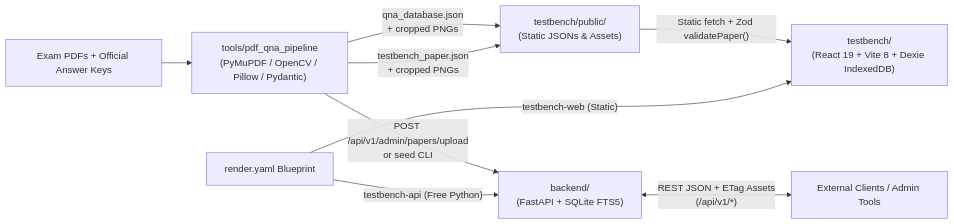
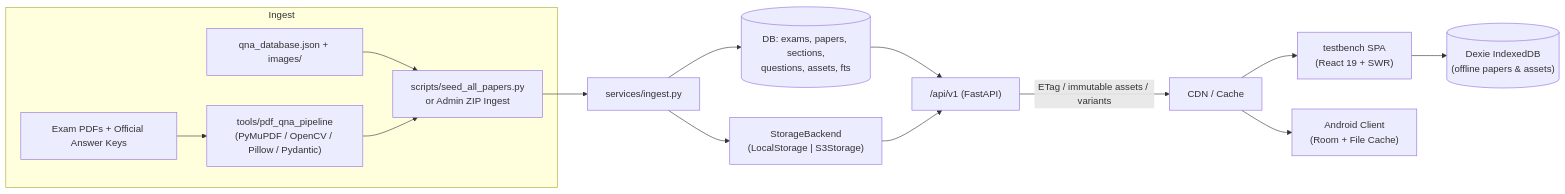
The diagram in architecture.md (LuchaLibreAAA/TestBench), drawn with Mermaid before and after one commit. The commit also changed other lines of this file and 2446 other files, not shown here.

First line of the commit message:
feat(backend): migrate paper data and assets to backend service (v0.0.3)

````diff
--- a/architecture.md
+++ b/architecture.md
@@ -11,12 +11,19 @@
 ```mermaid
 flowchart LR
-    PDF["Exam PDFs + Official Answer Keys"] --> Pipeline["tools/pdf_qna_pipeline\n(PyMuPDF / OpenCV / Pillow / Pydantic)"]
-    Pipeline -->|"qna_database.json\n+ cropped PNGs"| PublicAssets["testbench/public/\n(Static JSONs & Assets)"]
-    Pipeline -->|"testbench_paper.json\n+ cropped PNGs"| PublicAssets
-    Pipeline -->|"POST /api/v1/admin/papers/upload\nor seed CLI"| Backend["backend/\n(FastAPI + SQLite FTS5)"]
+    subgraph Ingest
+        PDF["Exam PDFs + Official Answer Keys"] --> Pipeline["tools/pdf_qna_pipeline\n(PyMuPDF / OpenCV / Pillow / Pydantic)"]
+        JSON["qna_database.json + images/"] --> Seed["scripts/seed_all_papers.py\nor Admin ZIP Ingest"]
+        Pipeline --> Seed
+    end
 
-    PublicAssets -->|"Static fetch + Zod validatePaper()"| WebApp["testbench/\n(React 19 + Vite 8 + Dexie IndexedDB)"]
-    Backend <-->|"REST JSON + ETag Assets\n(/api/v1/*)"| Consumers["External Clients / Admin Tools"]
-    Render["render.yaml Blueprint"] -->|"testbench-web (Static)"| WebApp
-    Render -->|"testbench-api (Free Python)"| Backend
+    Seed --> IngestSvc["services/ingest.py"]
+    IngestSvc --> DB[("DB: exams, papers, sections,\nquestions, assets, fts")]
+    IngestSvc --> Store["StorageBackend\n(LocalStorage | S3Storage)"]
+
+    DB --> API["/api/v1 (FastAPI)"]
+    Store --> API
+    API -->|"ETag / immutable assets / variants"| CDN["CDN / Cache"]
+    CDN --> Web["testbench SPA\n(React 19 + SWR)"]
+    CDN --> Android["Android Client\n(Room + File Cache)"]
+    Web --> Dexie[("Dexie IndexedDB\n(offline papers & assets)")]
 ```
````
